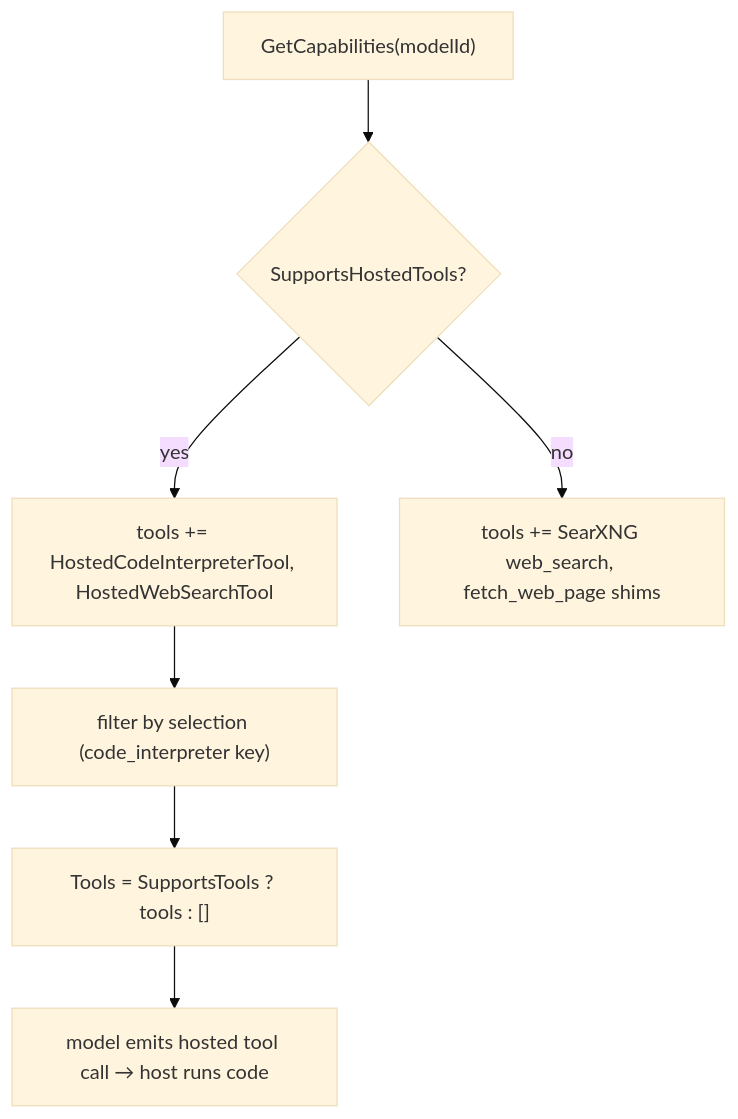
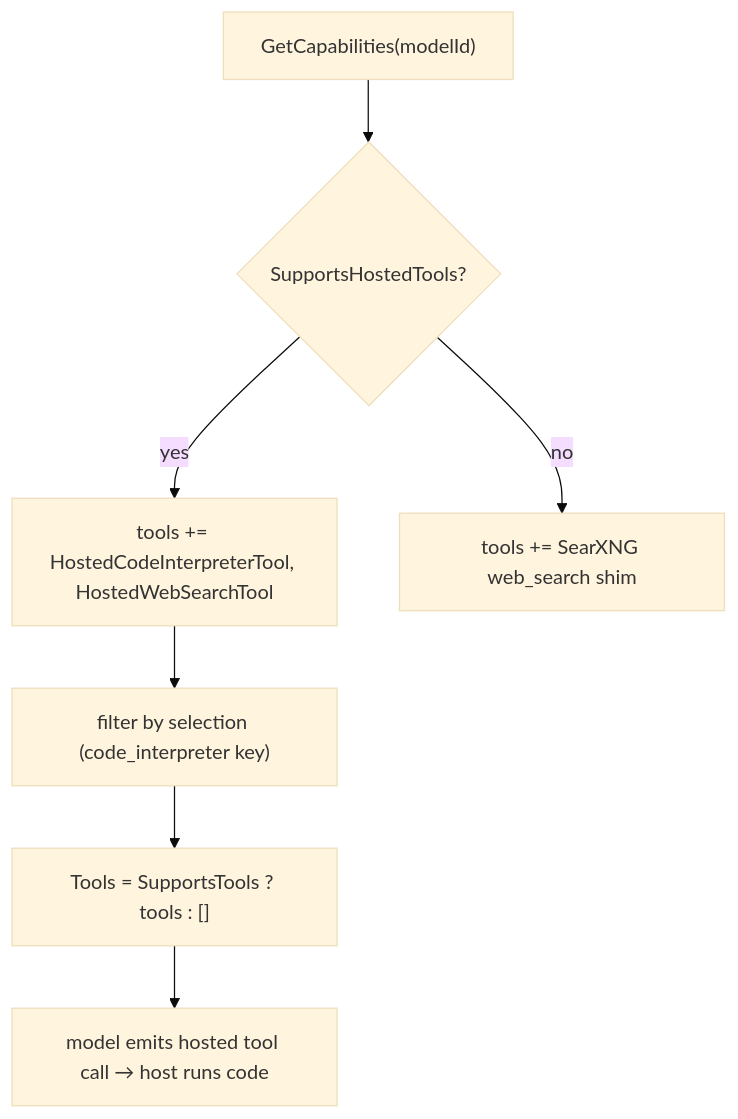
The diagram in docs/features/code-interpreter.md (Expecho/Agent42), drawn with Mermaid (base theme) before and after one commit. The commit also changed other lines of this file and 85 other files, not shown here.

First line of the commit message:
feat(web): remove fetch_web_page and the context.dev dependency (ADR 0125) (#237)

````diff
--- a/docs/features/code-interpreter.md
+++ b/docs/features/code-interpreter.md
@@ -18,9 +18,9 @@
 ```mermaid
 flowchart TD
     CAP["GetCapabilities(modelId)"] --> Q{SupportsHostedTools?}
     Q -->|yes| ADD["tools += HostedCodeInterpreterTool, HostedWebSearchTool"]
-    Q -->|no| SHIM["tools += SearXNG web_search, fetch_web_page shims"]
+    Q -->|no| SHIM["tools += SearXNG web_search shim"]
     ADD --> SEL["filter by selection (code_interpreter key)"]
     SEL --> INT["Tools = SupportsTools ? tools : []"]
     INT --> RUN["model emits hosted tool call → host runs code"]
 ```
````
